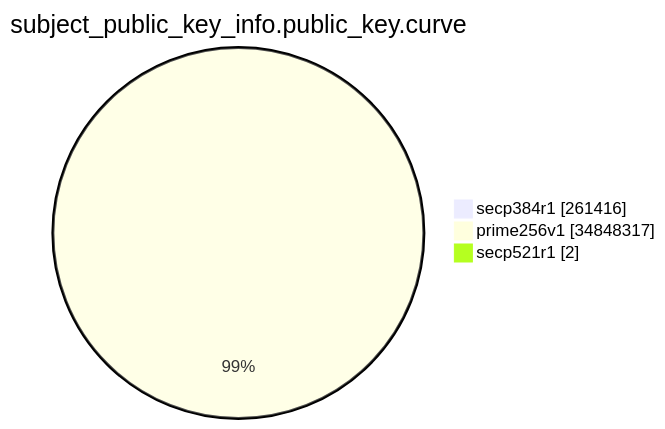
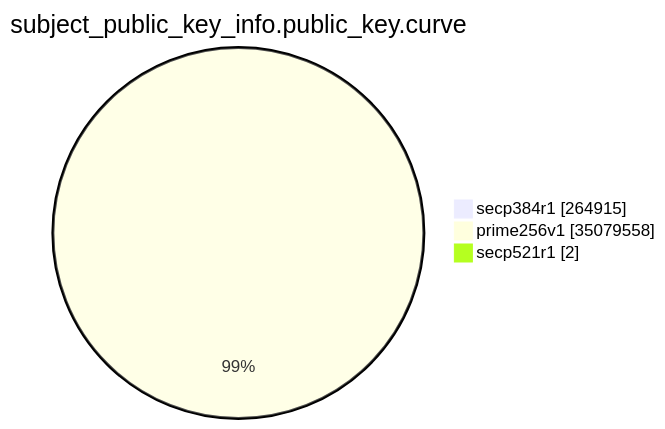
The eighth of 15 diagrams in argon2023/README.md (christiankrug/ctmonitor_visualization), drawn with Mermaid before and after one commit. The commit also changed other lines of this file, not shown here.

````diff
--- a/argon2023/README.md
+++ b/argon2023/README.md
@@ -2147,7 +2149,7 @@
 ```mermaid
 pie showData
 title subject_public_key_info.public_key.curve
-"secp384r1" :261416
-"prime256v1" :34848317
+"secp384r1" :264915
+"prime256v1" :35079558
 "secp521r1" :2
 ```
````
